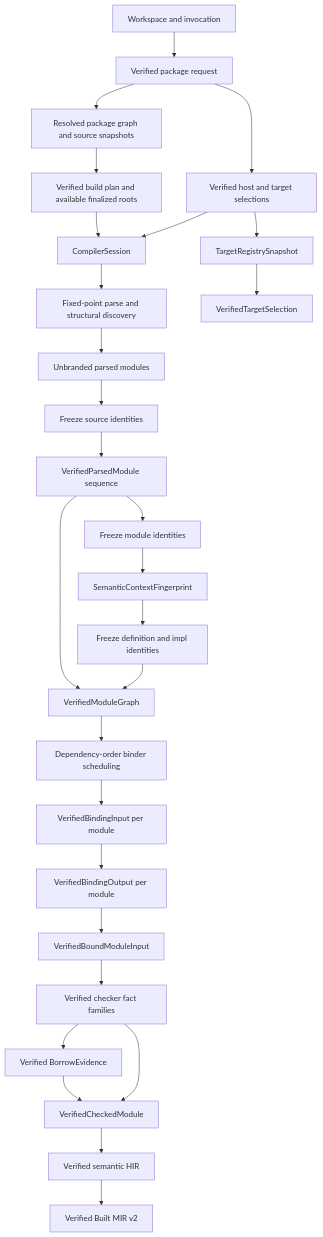
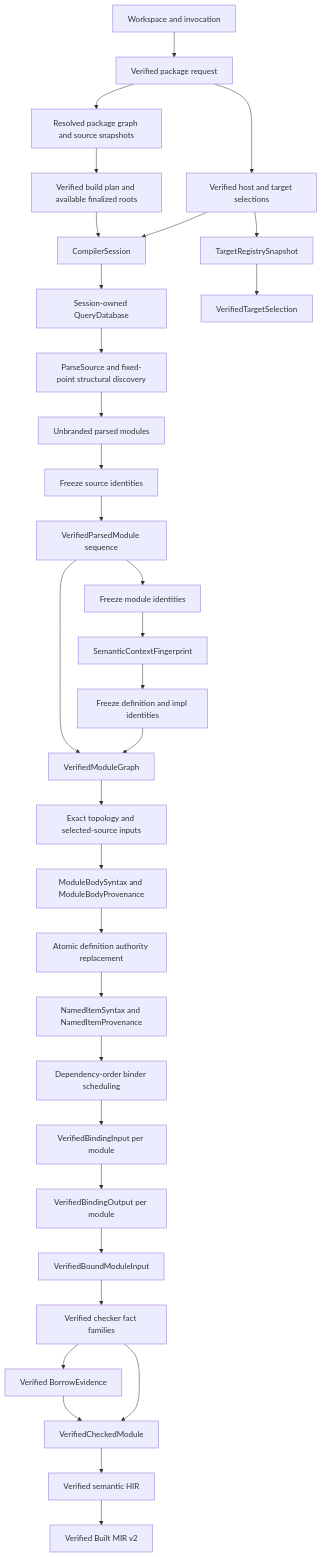
The first of 2 diagrams in docs/design/architecture.md (Zzzode/ZOM), drawn with Mermaid before and after one commit. The commit also changed other lines of this file and 9 other files, not shown here.

````diff
--- a/docs/design/architecture.md
+++ b/docs/design/architecture.md
@@ -67,30 +77,35 @@
 ```mermaid
 flowchart TD
     W["Workspace and invocation"] --> P["Verified package request"]
     P --> T["Verified host and target selections"]
     P --> R["Resolved package graph and source snapshots"]
     R --> B["Verified build plan and available finalized roots"]
     T --> S["CompilerSession"]
     B --> S
-    S --> D["Fixed-point parse and structural discovery"]
+    S --> Q["Session-owned QueryDatabase"]
+    Q --> D["ParseSource and fixed-point structural discovery"]
     D --> U["Unbranded parsed modules"]
     U --> SI["Freeze source identities"]
     SI --> PS["VerifiedParsedModule sequence"]
     PS --> MI["Freeze module identities"]
     MI --> F["SemanticContextFingerprint"]
     F --> DI["Freeze definition and impl identities"]
     DI --> G["VerifiedModuleGraph"]
     PS --> G
-    G --> O["Dependency-order binder scheduling"]
+    G --> TI["Exact topology and selected-source inputs"]
+    TI --> MB["ModuleBodySyntax and ModuleBodyProvenance"]
+    MB --> AP["Atomic definition authority replacement"]
+    AP --> NI["NamedItemSyntax and NamedItemProvenance"]
+    NI --> O["Dependency-order binder scheduling"]
     O --> VI["VerifiedBindingInput per module"]
     VI --> VO["VerifiedBindingOutput per module"]
     VO --> VBM["VerifiedBoundModuleInput"]
     VBM --> C["Verified checker fact families"]
     C --> BE["Verified BorrowEvidence"]
     C --> CM["VerifiedCheckedModule"]
     BE --> CM
     CM --> H["Verified semantic HIR"]
     H --> M["Verified Built MIR v2"]
     T --> TR["TargetRegistrySnapshot"]
     TR --> VT["VerifiedTargetSelection"]
 ```
````
